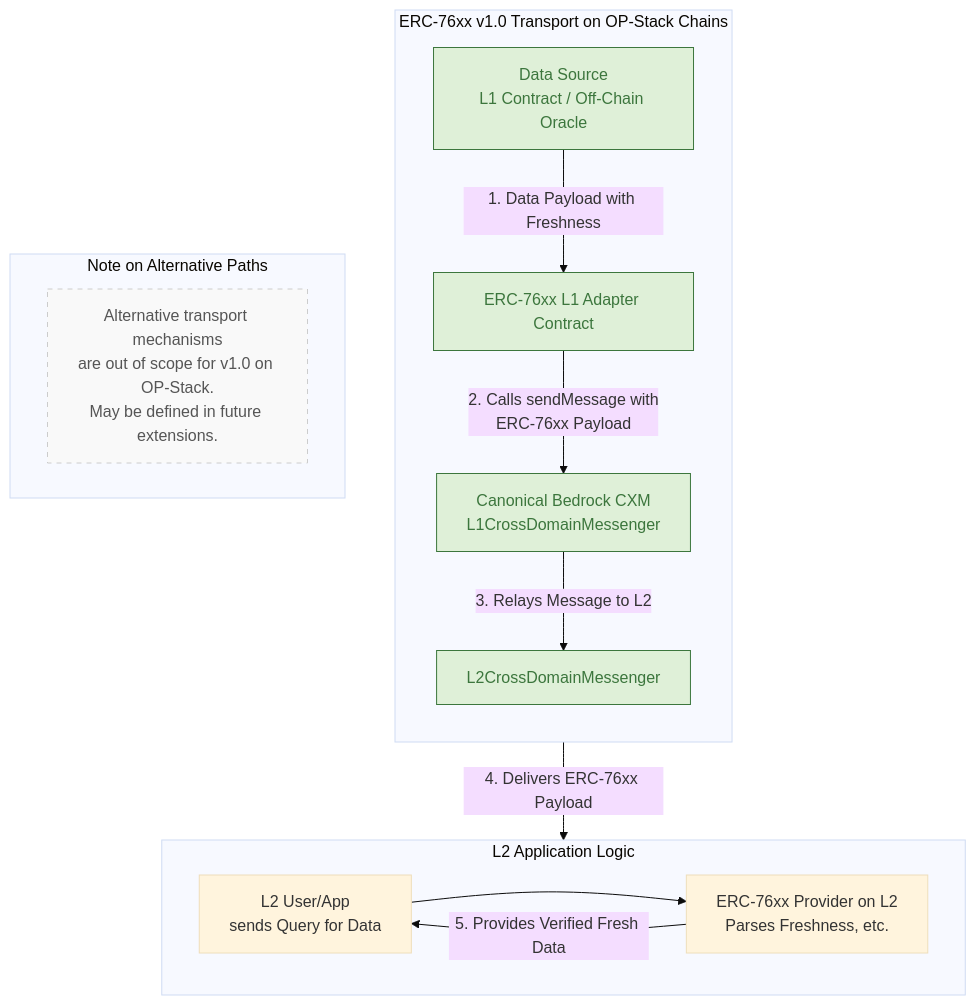
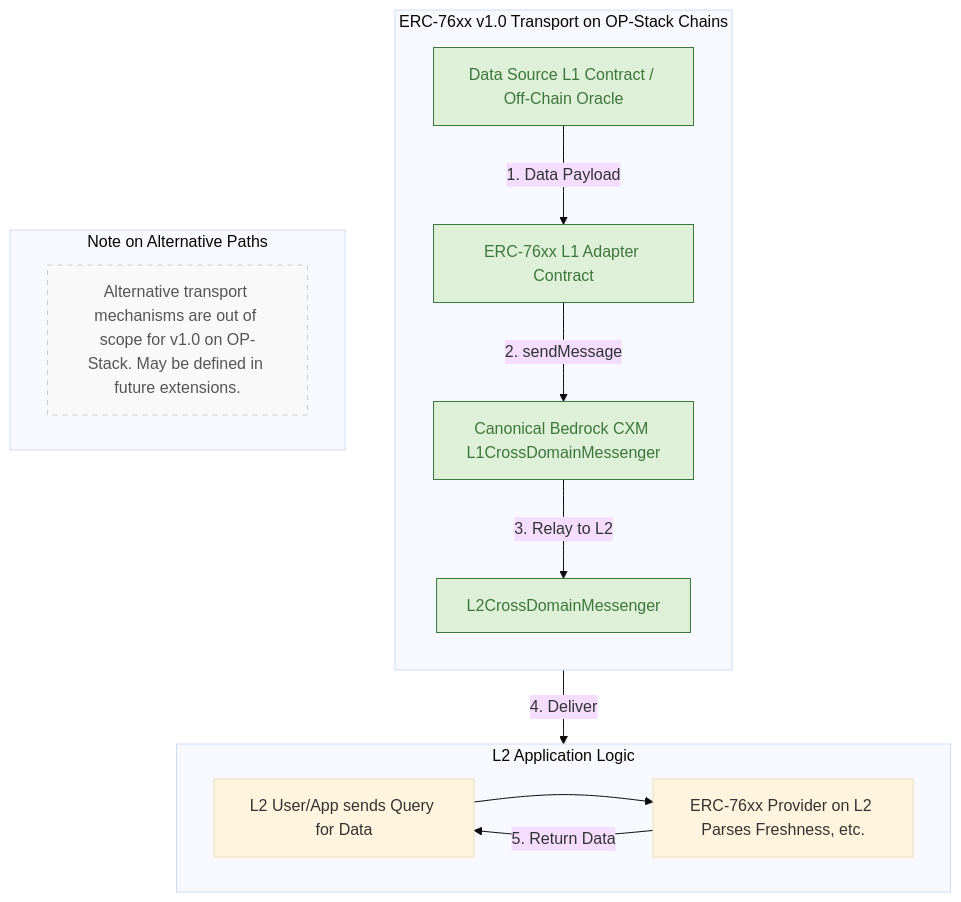
Before and after one commit to solosage1/anyprice-oracle: the diagram in EIP.md, drawn with Mermaid (base theme).

Commit message:
fix: simplify Mermaid edge syntax to resolve markdown list errors

````diff
--- a/EIP.md
+++ b/EIP.md
@@ -545,28 +545,33 @@
 ```mermaid
 graph TD
     subgraph L2_Logic[L2 Application Logic]
         direction LR
-        App["L2 User/App<br>sends Query for Data"]
-        Provider["ERC-76xx Provider on L2<br>Parses Freshness, etc."]
+        App[L2 User/App sends Query for Data]
+        Provider[ERC-76xx Provider on L2 Parses Freshness, etc.]
         App --> Provider
     end
 
     subgraph Transport[ERC-76xx v1.0 Transport on OP-Stack Chains]
         direction TB
-        DataSrc["Data Source<br>L1 Contract / Off-Chain Oracle"] -- "1. Data Payload with Freshness" --> L1Adapter["ERC-76xx L1 Adapter Contract"]
-        L1Adapter -- "2. Calls sendMessage with<br>ERC-76xx Payload" --> CXM["Canonical Bedrock CXM<br>L1CrossDomainMessenger"]
-        CXM -- "3. Relays Message to L2" --> L2Messenger["L2CrossDomainMessenger"]
-        L2Messenger -- "4. Delivers ERC-76xx Payload" --> Provider
+        DataSrc[Data Source L1 Contract / Off-Chain Oracle]
+        L1Adapter[ERC-76xx L1 Adapter Contract]
+        CXM[Canonical Bedrock CXM L1CrossDomainMessenger]
+        L2Messenger[L2CrossDomainMessenger]
+        
+        DataSrc -->|1. Data Payload| L1Adapter
+        L1Adapter -->|2. sendMessage| CXM
+        CXM -->|3. Relay to L2| L2Messenger
+        L2Messenger -->|4. Deliver| Provider
     end
 
-    Provider -- "5. Provides Verified Fresh Data" --> App
+    Provider -->|5. Return Data| App
 
     classDef canonicalOpStack fill:#DFF0D8,stroke:#3C763D,color:#3C763D
     class CXM,L1Adapter,L2Messenger,DataSrc canonicalOpStack
 
     subgraph Note[Note on Alternative Paths]
         direction LR
-        PotentialFuture["Alternative transport mechanisms<br>are out of scope for v1.0 on OP-Stack.<br>May be defined in future extensions."]
+        PotentialFuture[Alternative transport mechanisms are out of scope for v1.0 on OP-Stack. May be defined in future extensions.]
     end
     style PotentialFuture fill:#F9F9F9,stroke:#CCC,color:#555,stroke-dasharray: 5 5
 ```
````
